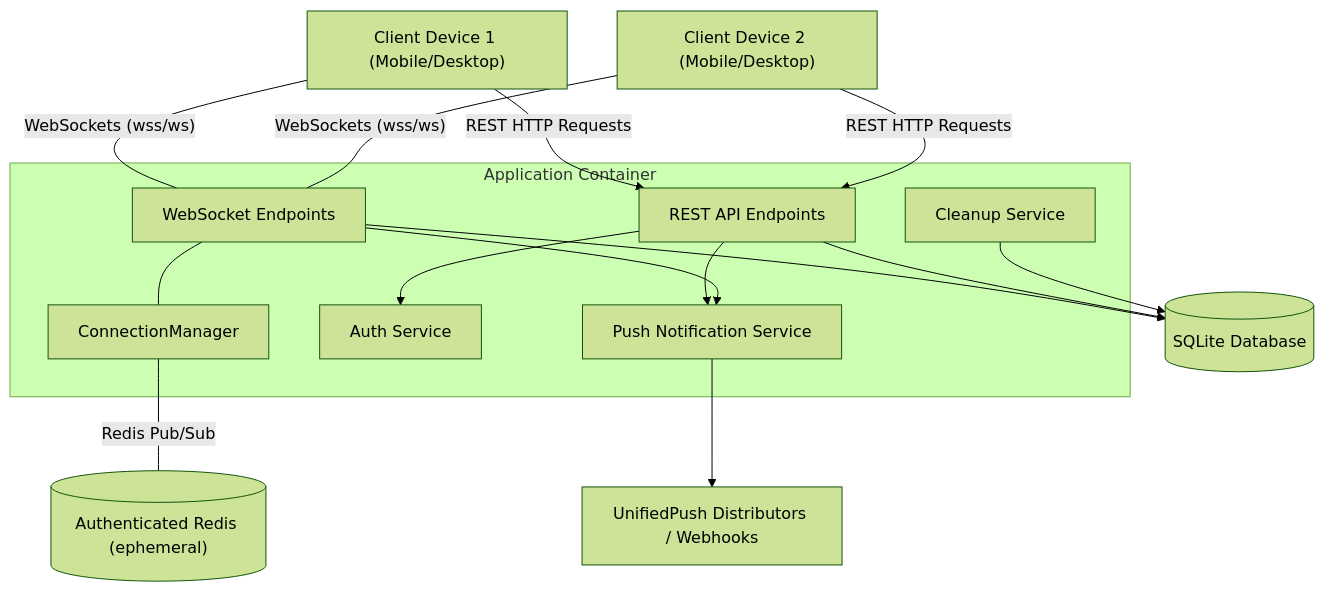
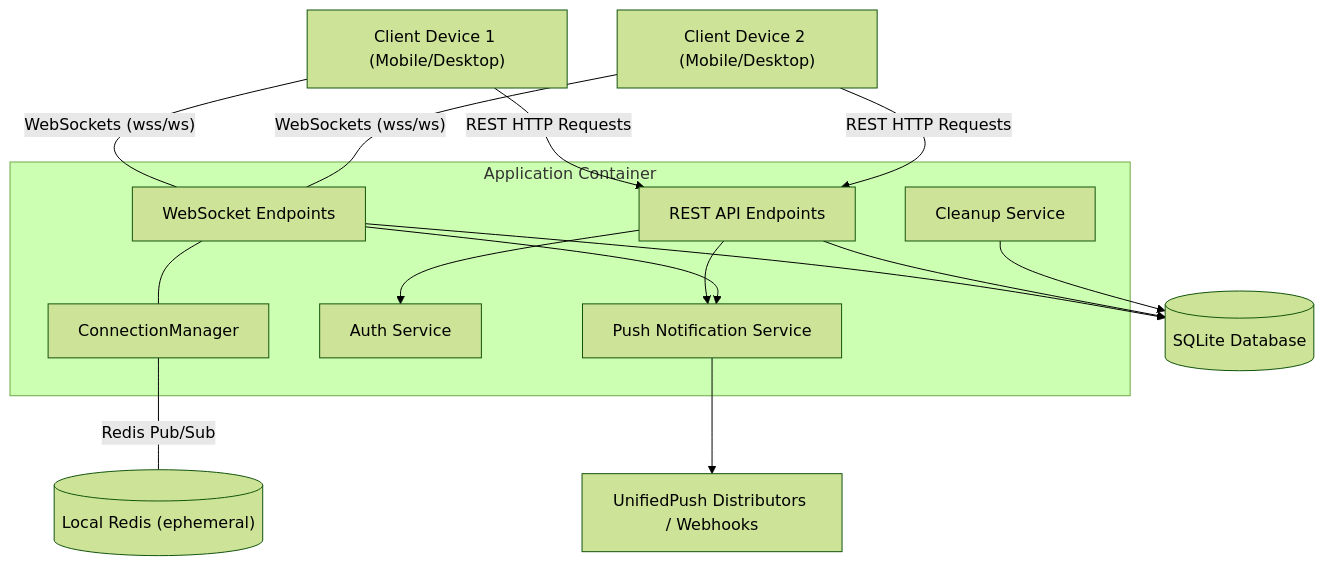
Before and after one commit to zyr-ux/Synclo-Backend: the first of 3 diagrams in ARCHITECTURE.md, drawn with Mermaid (forest theme). The commit also changed other lines of this file and 1 other file, not shown here.

````diff
--- a/ARCHITECTURE.md
+++ b/ARCHITECTURE.md
@@ -13,27 +13,27 @@
 ```mermaid
 graph TD
     Client1["Client Device 1 (Mobile/Desktop)"] ---|"WebSockets (wss/ws)"| WS_End["WebSocket Endpoints"]
     Client2["Client Device 2 (Mobile/Desktop)"] ---|"WebSockets (wss/ws)"| WS_End
     Client1 -->|"REST HTTP Requests"| REST_End["REST API Endpoints"]
     Client2 -->|"REST HTTP Requests"| REST_End
     
     subgraph FastAPI ["Application Container"]
         WS_End
         REST_End
         Manager["ConnectionManager"]
         AuthServ["Auth Service"]
         CleanupServ["Cleanup Service"]
         PushServ["Push Notification Service"]
     end
     
     WS_End --- Manager
     REST_End --> AuthServ
     WS_End --> DB[("SQLite Database")]
     REST_End --> DB
     CleanupServ --> DB
     REST_End --> PushServ
     WS_End --> PushServ
     PushServ --> Dist["UnifiedPush Distributors / Webhooks"]
     
-    Manager ---|"Redis Pub/Sub"| Redis[("Authenticated Redis (ephemeral)")]
+    Manager ---|"Redis Pub/Sub"| Redis[("Local Redis (ephemeral)")]
 ```
````
